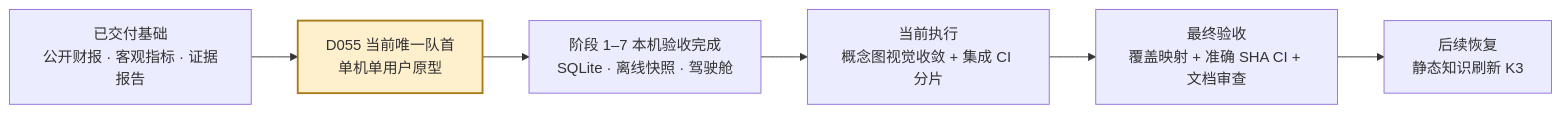
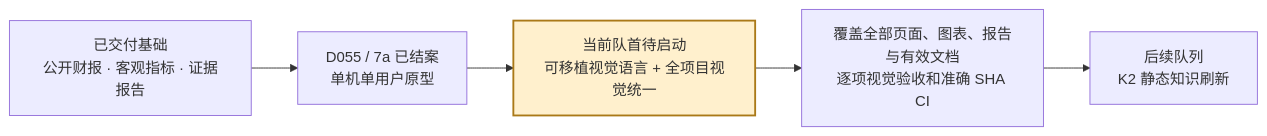
The tenth of 10 diagrams in README.md (davyzhong/FLOW), drawn with Mermaid before and after one commit. The commit also changed other lines of this file and 12 other files, not shown here.

````diff
--- a/README.md
+++ b/README.md
@@ -805,9 +806,8 @@
 ```mermaid
 flowchart LR
-    A["已交付基础<br/>公开财报 · 客观指标 · 证据报告"] --> B["D055 当前唯一队首<br/>单机单用户原型"]
-    B --> C["阶段 1–7 本机验收完成<br/>SQLite · 离线快照 · 驾驶舱"]
-    C --> D["当前执行<br/>概念图视觉收敛 + 集成 CI 分片"]
-    D --> E["最终验收<br/>覆盖映射 + 准确 SHA CI + 文档审查"]
-    E --> F["后续恢复<br/>静态知识刷新 K3"]
-    style B fill:#fff0cd,stroke:#aa7918,stroke-width:2px
+    A["已交付基础<br/>公开财报 · 客观指标 · 证据报告"] --> B["D055 / 7a 已结案<br/>单机单用户原型"]
+    B --> C["当前队首待启动<br/>可移植视觉语言 + 全项目视觉统一"]
+    C --> D["覆盖全部页面、图表、报告与有效文档<br/>逐项视觉验收和准确 SHA CI"]
+    D --> E["后续队列<br/>K2 静态知识刷新"]
+    style C fill:#fff0cd,stroke:#aa7918,stroke-width:2px
 ```
````
